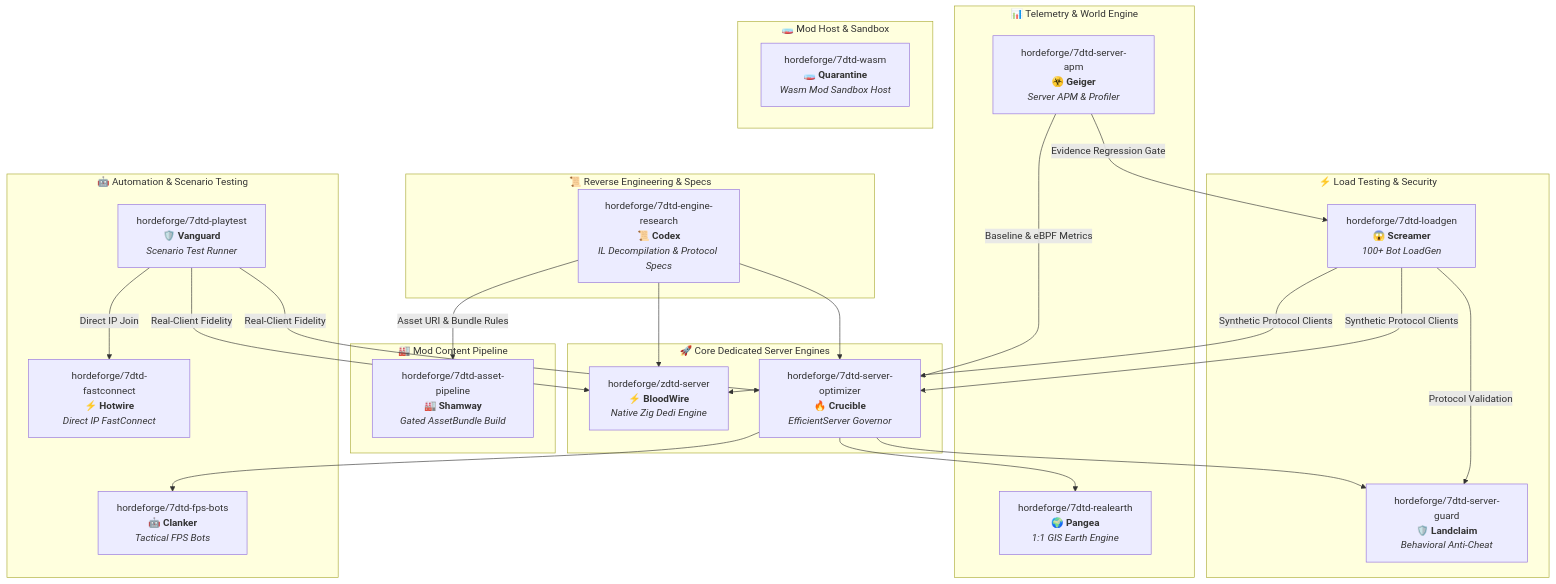
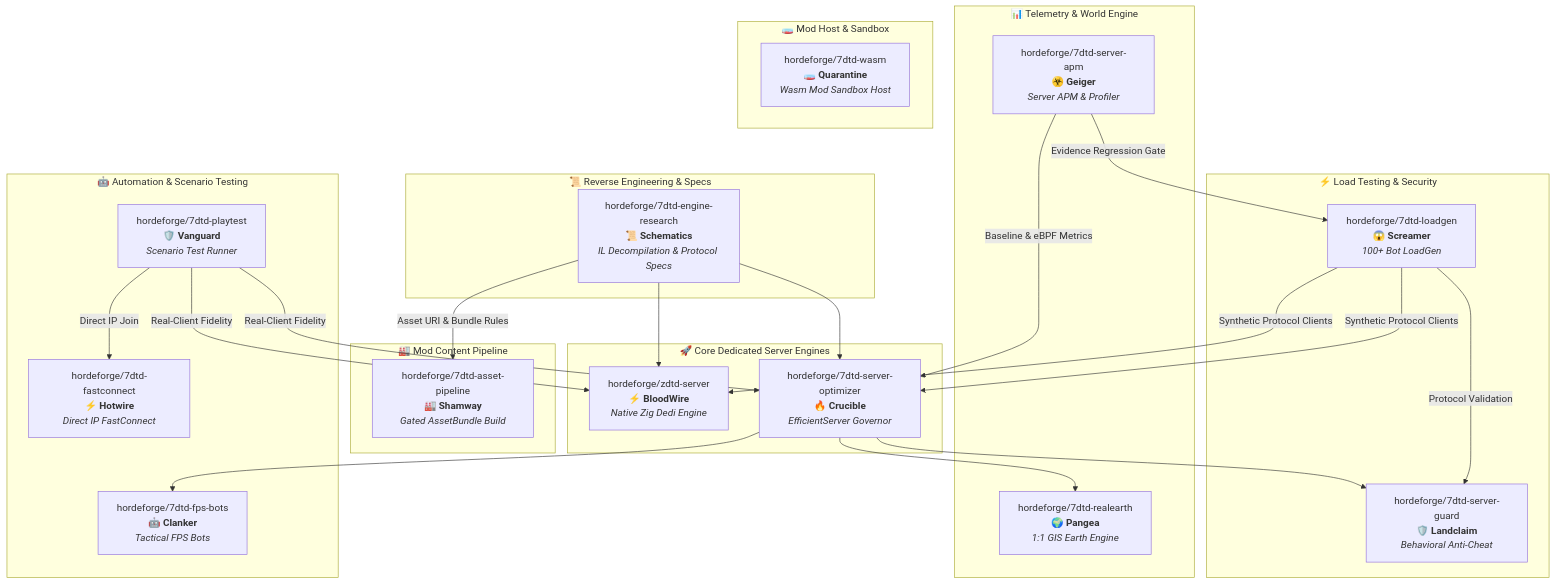
The diagram in profile/README.md (hordeforge/.github), drawn with Mermaid before and after one commit. The commit also changed other lines of this file and 2 other files, not shown here.

Commit message:
docs: settle the engine-research codename, close the release-gate drift (#5)
The org profile and AGENTS.md called 7dtd-engine-research "Codex" while the
repository, the workspace guide, the specification, and two sibling repos'
sibling-repos.md cross-links all call it "Schematics". Seven references
against two, so Schematics wins and the profile follows.

Record that ten of fourteen repositories now gate a release tag against the
version they ship, why four do not, and that the gate is required even where
publishing the artifact stays manual.

````diff
--- a/profile/README.md
+++ b/profile/README.md
@@ -60,54 +60,54 @@
 ```mermaid
 flowchart TD
     subgraph Research ["📜 Reverse Engineering & Specs"]
-        RES["hordeforge/7dtd-engine-research<br><b>📜 Codex</b><br><i>IL Decompilation & Protocol Specs</i>"]
+        RES["hordeforge/7dtd-engine-research<br><b>📜 Schematics</b><br><i>IL Decompilation & Protocol Specs</i>"]
     end
 
     subgraph CoreRuntimes ["🚀 Core Dedicated Server Engines"]
         ZDTD["hordeforge/zdtd-server<br><b>⚡ BloodWire</b><br><i>Native Zig Dedi Engine</i>"]
         OPT["hordeforge/7dtd-server-optimizer<br><b>🔥 Crucible</b><br><i>EfficientServer Governor</i>"]
     end
 
     subgraph LoadAndGuard ["⚡ Load Testing & Security"]
         LOAD["hordeforge/7dtd-loadgen<br><b>😱 Screamer</b><br><i>100+ Bot LoadGen</i>"]
         GUARD["hordeforge/7dtd-server-guard<br><b>🛡️ Landclaim</b><br><i>Behavioral Anti-Cheat</i>"]
     end
 
     subgraph TelemetryAndWorld ["📊 Telemetry & World Engine"]
         APM["hordeforge/7dtd-server-apm<br><b>☣️ Geiger</b><br><i>Server APM & Profiler</i>"]
         REAL["hordeforge/7dtd-realearth<br><b>🌍 Pangea</b><br><i>1:1 GIS Earth Engine</i>"]
     end
 
     subgraph ContentPipeline ["🏭 Mod Content Pipeline"]
         SHAM["hordeforge/7dtd-asset-pipeline<br><b>🏭 Shamway</b><br><i>Gated AssetBundle Build</i>"]
     end
 
     subgraph ModHost ["🧫 Mod Host & Sandbox"]
         QUAR["hordeforge/7dtd-wasm<br><b>🧫 Quarantine</b><br><i>Wasm Mod Sandbox Host</i>"]
     end
 
     subgraph BotAndAutomation ["🤖 Automation & Scenario Testing"]
         PLAY["hordeforge/7dtd-playtest<br><b>🛡️ Vanguard</b><br><i>Scenario Test Runner</i>"]
         BOT["hordeforge/7dtd-fps-bots<br><b>🤖 Clanker</b><br><i>Tactical FPS Bots</i>"]
         CONN["hordeforge/7dtd-fastconnect<br><b>⚡ Hotwire</b><br><i>Direct IP FastConnect</i>"]
     end
 
     RES --> ZDTD
     RES --> OPT
     RES -->|Asset URI & Bundle Rules| SHAM
 
     LOAD -->|Synthetic Protocol Clients| ZDTD
     LOAD -->|Synthetic Protocol Clients| OPT
     LOAD -->|Protocol Validation| GUARD
 
     APM -->|Baseline & eBPF Metrics| OPT
     APM -->|Evidence Regression Gate| LOAD
 
     PLAY -->|Real-Client Fidelity| ZDTD
     PLAY -->|Real-Client Fidelity| OPT
     PLAY -->|Direct IP Join| CONN
 
     OPT --> GUARD
     OPT --> REAL
     OPT --> BOT
 ```
````
